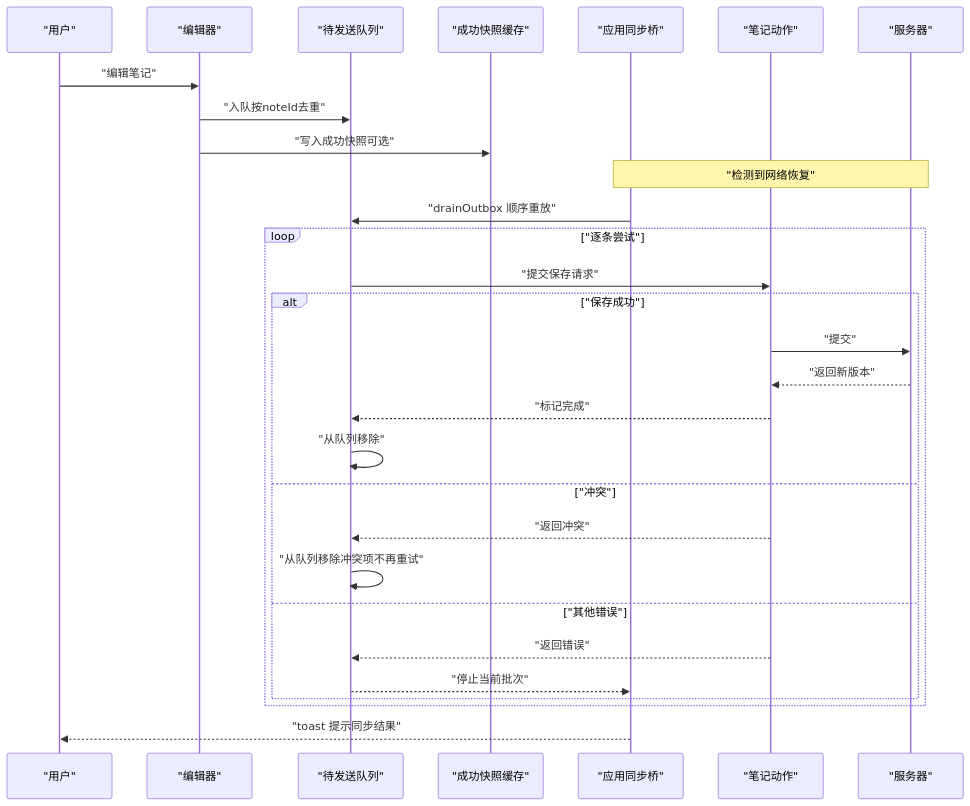
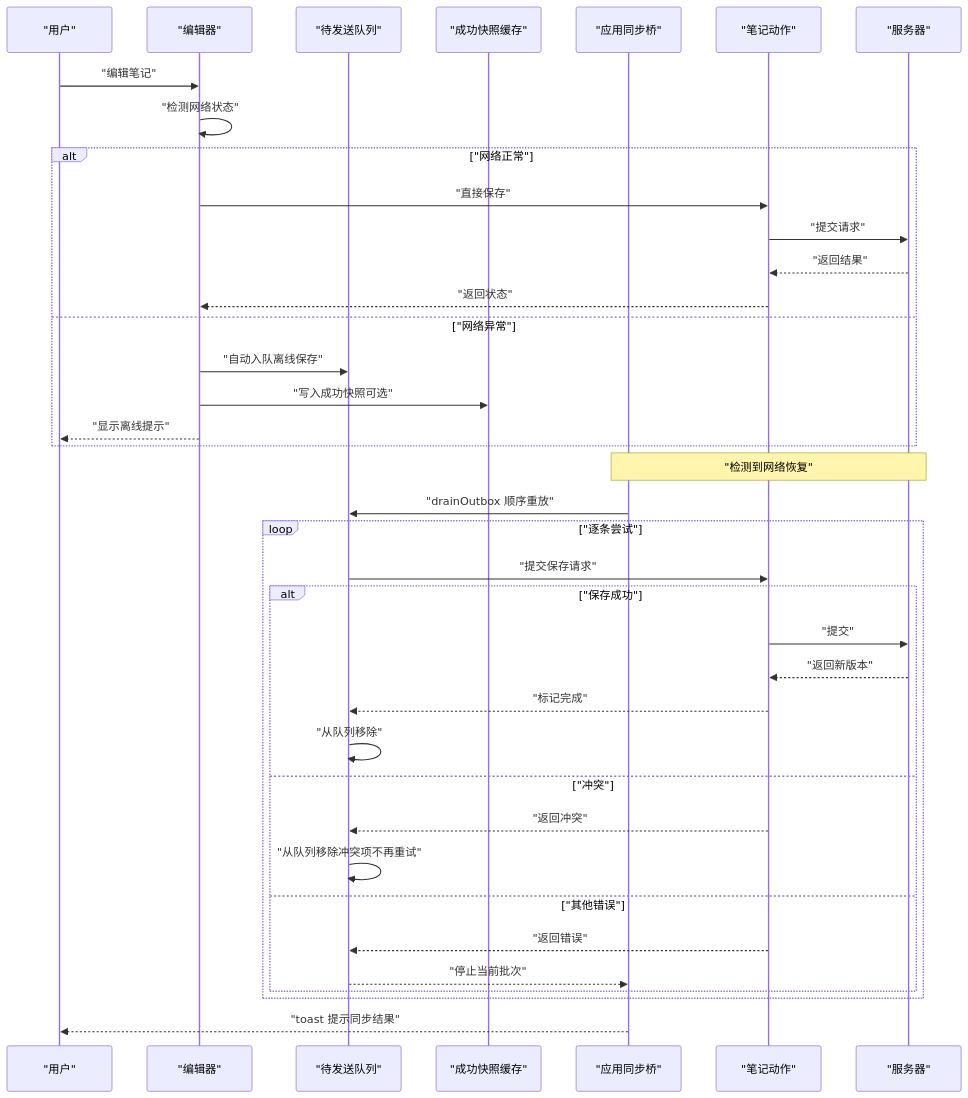
Before and after one commit to qiuziGirl/smart-todo: the second of 6 diagrams in .qoder/repowiki/zh/content/离线支持系统/离线支持系统.md, drawn with Mermaid. The commit also changed other lines of this file and 8 other files, not shown here.

````diff
--- a/.qoder/repowiki/zh/content/离线支持系统/离线支持系统.md
+++ b/.qoder/repowiki/zh/content/离线支持系统/离线支持系统.md
@@ -104,31 +116,40 @@
 ```mermaid
 sequenceDiagram
 participant U as "用户"
 participant E as "编辑器"
 participant O as "待发送队列"
 participant C as "成功快照缓存"
 participant B as "应用同步桥"
 participant A as "笔记动作"
 participant S as "服务器"
 U->>E : "编辑笔记"
-E->>O : "入队按noteId去重"
+E->>E : "检测网络状态"
+alt "网络正常"
+E->>A : "直接保存"
+A->>S : "提交请求"
+S-->>A : "返回结果"
+A-->>E : "返回状态"
+else "网络异常"
+E->>O : "自动入队离线保存"
 E->>C : "写入成功快照可选"
+E-->>U : "显示离线提示"
+end
 Note over B,S : "检测到网络恢复"
 B->>O : "drainOutbox 顺序重放"
 loop "逐条尝试"
 O->>A : "提交保存请求"
 alt "保存成功"
 A->>S : "提交"
 S-->>A : "返回新版本"
 A-->>O : "标记完成"
 O->>O : "从队列移除"
 else "冲突"
 A-->>O : "返回冲突"
 O->>O : "从队列移除冲突项不再重试"
 else "其他错误"
 A-->>O : "返回错误"
 O-->>B : "停止当前批次"
 end
 end
 B-->>U : "toast 提示同步结果"
 ```
````
